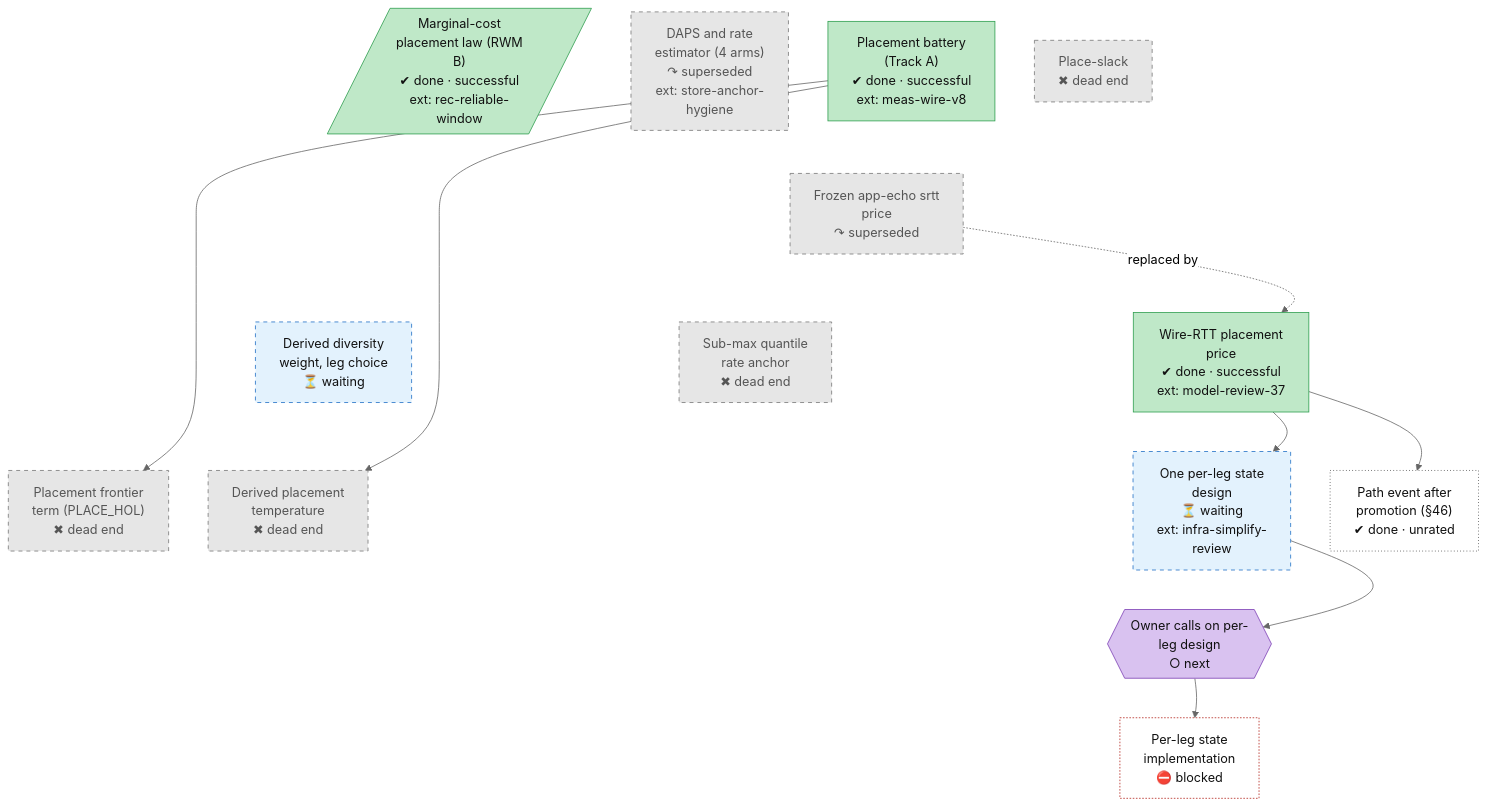
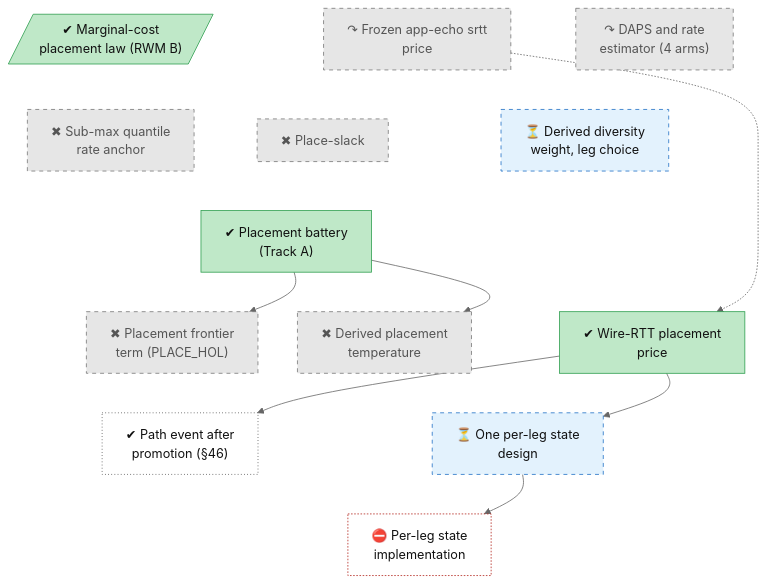
The diagram in docs/roadmap/tracks/place.md (lhns/raptorpath), drawn with Mermaid (neutral theme) before and after one commit. The commit also changed 15 other files, not shown here.

Commit message:
roadmap: one direction (time) in every diagram, shorter labels, text legend, timeline on its own page, owner decisions kept out of diagrams

````diff
--- a/docs/roadmap/tracks/place.md
+++ b/docs/roadmap/tracks/place.md
@@ -10,80 +10,54 @@
 ```mermaid
 flowchart TB
-    place_marginal_cost[/"Marginal-cost<br/>placement law (RWM<br/>B)<br/>✔ done · successful<br/>ext: rec-reliable-<br/>window"/]
-    place_daps["DAPS and rate<br/>estimator (4 arms)<br/>↷ superseded<br/>ext: store-anchor-<br/>hygiene"]
-    place_slack["Place-slack<br/>✖ dead end"]
-    place_stage2_battery["Placement battery<br/>(Track A)<br/>✔ done · successful<br/>ext: meas-wire-v8"]
-    place_hol["Placement frontier<br/>term (PLACE_HOL)<br/>✖ dead end"]
-    place_t_derived["Derived placement<br/>temperature<br/>✖ dead end"]
-    place_wdiv["Derived diversity<br/>weight, leg choice<br/>⏳ waiting"]
-    place_frozen_echo["Frozen app-echo srtt<br/>price<br/>↷ superseded"]
-    place_wire_price["Wire-RTT placement<br/>price<br/>✔ done · successful<br/>ext: model-review-37"]
-    place_per_leg_state["One per-leg state<br/>design<br/>⏳ waiting<br/>ext: infra-simplify-<br/>review"]
-    place_submax_anchor["Sub-max quantile<br/>rate anchor<br/>✖ dead end"]
-    place_path_event["Path event after<br/>promotion (#167;46)<br/>✔ done · unrated"]
-    place_user_perleg_questions{{"Owner calls on per-<br/>leg design<br/>○ next"}}
-    place_per_leg_impl["Per-leg state<br/>implementation<br/>⛔ blocked"]
-    place_marginal_cost ~~~ place_wdiv
-    place_marginal_cost ~~~ place_frozen_echo
-    place_marginal_cost ~~~ place_wire_price
+    place_marginal_cost[/"✔ Marginal-cost<br/>placement law (RWM B)"/]
+    place_frozen_echo["↷ Frozen app-echo srtt<br/>price"]
+    place_daps["↷ DAPS and rate<br/>estimator (4 arms)"]
+    place_submax_anchor["✖ Sub-max quantile<br/>rate anchor"]
+    place_slack["✖ Place-slack"]
+    place_wdiv["⏳ Derived diversity<br/>weight, leg choice"]
+    place_stage2_battery["✔ Placement battery<br/>(Track A)"]
+    place_hol["✖ Placement frontier<br/>term (PLACE_HOL)"]
+    place_t_derived["✖ Derived placement<br/>temperature"]
+    place_wire_price["✔ Wire-RTT placement<br/>price"]
+    place_path_event["✔ Path event after<br/>promotion (#167;46)"]
+    place_per_leg_state["⏳ One per-leg state<br/>design"]
+    place_per_leg_impl["⛔ Per-leg state<br/>implementation"]
     place_marginal_cost ~~~ place_submax_anchor
+    place_frozen_echo ~~~ place_slack
     place_daps ~~~ place_wdiv
-    place_daps ~~~ place_frozen_echo
-    place_daps ~~~ place_wire_price
-    place_daps ~~~ place_submax_anchor
-    place_slack ~~~ place_wdiv
-    place_slack ~~~ place_frozen_echo
-    place_slack ~~~ place_wire_price
-    place_slack ~~~ place_submax_anchor
-    place_stage2_battery ~~~ place_wdiv
-    place_stage2_battery ~~~ place_frozen_echo
+    place_submax_anchor ~~~ place_stage2_battery
+    place_slack ~~~ place_stage2_battery
+    place_wdiv ~~~ place_stage2_battery
+    place_stage2_battery ~~~ place_hol
+    place_stage2_battery ~~~ place_t_derived
     place_stage2_battery ~~~ place_wire_price
-    place_stage2_battery ~~~ place_submax_anchor
-    place_wdiv ~~~ place_hol
-    place_wdiv ~~~ place_t_derived
-    place_wdiv ~~~ place_per_leg_state
-    place_wdiv ~~~ place_path_event
-    place_frozen_echo ~~~ place_hol
-    place_frozen_echo ~~~ place_t_derived
-    place_frozen_echo ~~~ place_per_leg_state
-    place_frozen_echo ~~~ place_path_event
-    place_wire_price ~~~ place_hol
-    place_wire_price ~~~ place_t_derived
+    place_hol ~~~ place_path_event
+    place_t_derived ~~~ place_per_leg_state
     place_wire_price ~~~ place_per_leg_state
-    place_wire_price ~~~ place_path_event
-    place_submax_anchor ~~~ place_hol
-    place_submax_anchor ~~~ place_t_derived
-    place_submax_anchor ~~~ place_per_leg_state
-    place_submax_anchor ~~~ place_path_event
-    place_hol ~~~ place_user_perleg_questions
-    place_t_derived ~~~ place_user_perleg_questions
-    place_per_leg_state ~~~ place_user_perleg_questions
-    place_path_event ~~~ place_user_perleg_questions
-    place_user_perleg_questions ~~~ place_per_leg_impl
+    place_path_event ~~~ place_per_leg_impl
+    place_per_leg_state ~~~ place_per_leg_impl
+    place_frozen_echo -.-> place_wire_price
     place_stage2_battery --> place_hol
     place_stage2_battery --> place_t_derived
-    place_frozen_echo -.->|replaced by| place_wire_price
+    place_wire_price --> place_path_event
     place_wire_price --> place_per_leg_state
-    place_wire_price --> place_path_event
-    place_per_leg_state --> place_user_perleg_questions
-    place_user_perleg_questions --> place_per_leg_impl
+    place_per_leg_state --> place_per_leg_impl
     classDef vsucc fill:#2e9e4f,stroke:#1b6b34,color:#fff
     classDef succ fill:#bfe8c8,stroke:#2e9e4f,color:#111
     classDef mixed fill:#ffd37a,stroke:#c98a00,color:#111
     classDef bad fill:#f28b82,stroke:#b3261e,color:#111
     classDef dead fill:#e6e6e6,stroke:#777,stroke-dasharray:5 5,color:#555
     classDef inprog fill:#a8cdf5,stroke:#1f6fc5,color:#111
     classDef next fill:#fff,stroke:#333,color:#111
     classDef blocked fill:#fff,stroke:#b3261e,stroke-dasharray:2 2,color:#111
     classDef parked fill:#f3f3f3,stroke:#999,color:#555
     classDef unrated fill:#fff,stroke:#333,stroke-dasharray:1 3,color:#111
     classDef userdec fill:#d9c2f0,stroke:#7b3fb5,color:#111
     classDef defect fill:#ffe0b2,stroke:#d84315,stroke-width:2px,color:#111
     classDef waiting fill:#e3f2fd,stroke:#1f6fc5,stroke-dasharray:5 5,color:#111
     class place_marginal_cost,place_stage2_battery,place_wire_price succ
-    class place_daps,place_slack,place_hol,place_t_derived,place_frozen_echo,place_submax_anchor dead
+    class place_frozen_echo,place_daps,place_submax_anchor,place_slack,place_hol,place_t_derived dead
     class place_wdiv,place_per_leg_state waiting
     class place_path_event unrated
-    class place_user_perleg_questions userdec
     class place_per_leg_impl blocked
 ```
````
